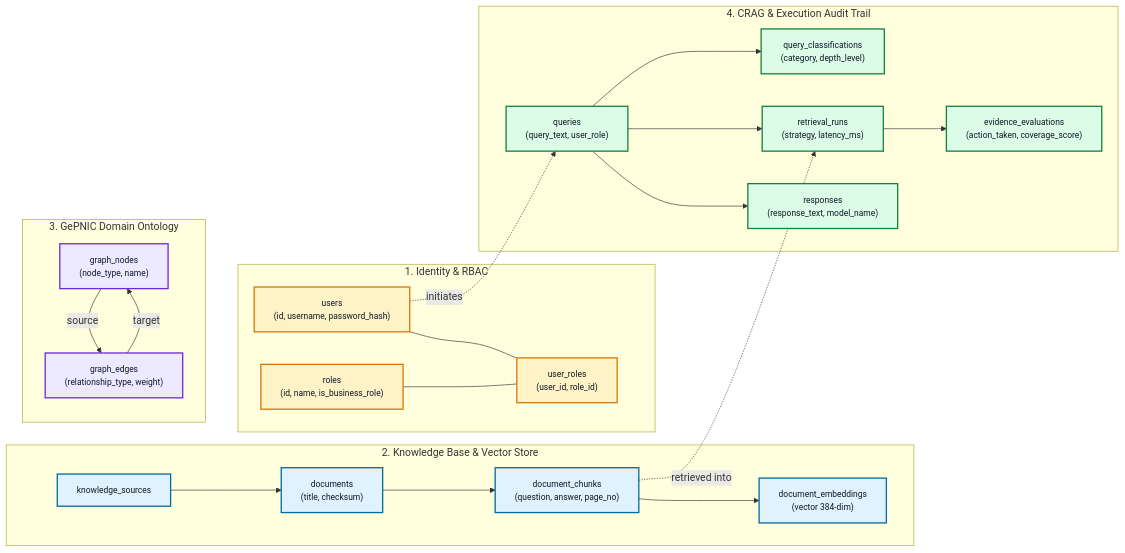
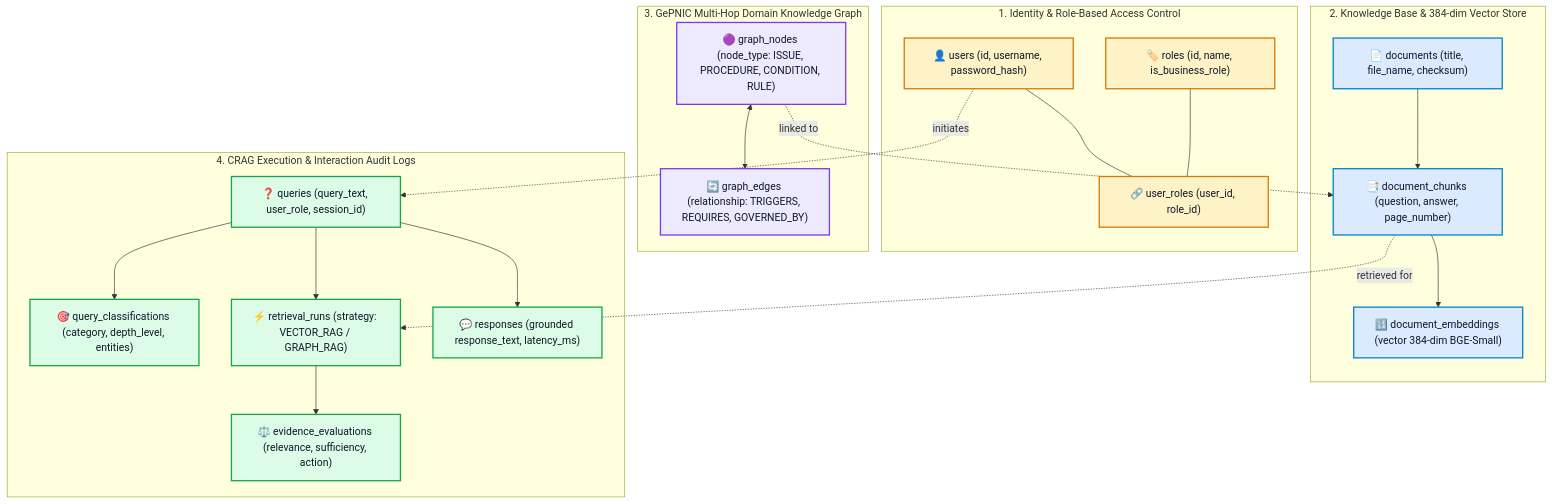
One commit to normalnevan1/clarifibids changed the third of 3 diagrams in README.md. Above: the diagram before and after it, drawn with Mermaid. The commit also changed other lines of this file, not shown here.

Commit message:
docs: convert sequence and schema diagrams to vertical flowcharts to ensure large, crisp, readable rendering on GitHub

````diff
--- a/README.md
+++ b/README.md
@@ -143,48 +156,45 @@
 ```mermaid
-graph LR
-    classDef auth fill:#fef3c7,stroke:#d97706,stroke-width:2px,color:#0f172a,font-size:13px;
-    classDef docs fill:#e0f2fe,stroke:#0369a1,stroke-width:2px,color:#0f172a,font-size:13px;
-    classDef kgStyle fill:#ede9fe,stroke:#6d28d9,stroke-width:2px,color:#0f172a,font-size:13px;
-    classDef audit fill:#dcfce7,stroke:#15803d,stroke-width:2px,color:#0f172a,font-size:13px;
+flowchart TD
+    classDef auth fill:#fef3c7,stroke:#d97706,stroke-width:2px,color:#0f172a;
+    classDef docs fill:#dbeafe,stroke:#0284c7,stroke-width:2px,color:#0f172a;
+    classDef kg fill:#ede9fe,stroke:#7c3aed,stroke-width:2px,color:#0f172a;
+    classDef audit fill:#dcfce7,stroke:#16a34a,stroke-width:2px,color:#0f172a;
 
-    subgraph AuthGroup ["1. Identity & RBAC"]
-        U["users<br/>(id, username, password_hash)"]:::auth
-        R["roles<br/>(id, name, is_business_role)"]:::auth
-        UR["user_roles<br/>(user_id, role_id)"]:::auth
+    subgraph Auth ["1. Identity & Role-Based Access Control"]
+        U["👤 users (id, username, password_hash)"]:::auth
+        R["🏷️ roles (id, name, is_business_role)"]:::auth
+        UR["🔗 user_roles (user_id, role_id)"]:::auth
         U --- UR
         R --- UR
     end
 
-    subgraph DocGroup ["2. Knowledge Base & Vector Store"]
-        KS["knowledge_sources"]:::docs
-        DOC["documents<br/>(title, checksum)"]:::docs
-        DC["document_chunks<br/>(question, answer, page_no)"]:::docs
-        EMB["document_embeddings<br/>(vector 384-dim)"]:::docs
-        KS --> DOC
+    subgraph Knowledge ["2. Knowledge Base & 384-dim Vector Store"]
+        DOC["📄 documents (title, file_name, checksum)"]:::docs
+        DC["📑 document_chunks (question, answer, page_number)"]:::docs
+        EMB["🔢 document_embeddings (vector 384-dim BGE-Small)"]:::docs
         DOC --> DC
         DC --> EMB
     end
 
-    subgraph OntologyGroup ["3. GePNIC Domain Ontology"]
-        GN["graph_nodes<br/>(node_type, name)"]:::kgStyle
-        GE["graph_edges<br/>(relationship_type, weight)"]:::kgStyle
-        GN -->|"source"| GE
-        GE -->|"target"| GN
+    subgraph Ontology ["3. GePNIC Multi-Hop Domain Knowledge Graph"]
+        GN["🟣 graph_nodes (node_type: ISSUE, PROCEDURE, CONDITION, RULE)"]:::kg
+        GE["🔄 graph_edges (relationship: TRIGGERS, REQUIRES, GOVERNED_BY)"]:::kg
+        GN <--> GE
     end
 
-    subgraph AuditGroup ["4. CRAG & Execution Audit Trail"]
-        Q["queries<br/>(query_text, user_role)"]:::audit
-        QC["query_classifications<br/>(category, depth_level)"]:::audit
-        RR["retrieval_runs<br/>(strategy, latency_ms)"]:::audit
-        EE["evidence_evaluations<br/>(action_taken, coverage_score)"]:::audit
-        RESP["responses<br/>(response_text, model_name)"]:::audit
-        
+    subgraph Audit ["4. CRAG Execution & Interaction Audit Logs"]
+        Q["❓ queries (query_text, user_role, session_id)"]:::audit
+        QC["🎯 query_classifications (category, depth_level, entities)"]:::audit
+        RR["⚡ retrieval_runs (strategy: VECTOR_RAG / GRAPH_RAG)"]:::audit
+        EE["⚖️ evidence_evaluations (relevance, sufficiency, action)"]:::audit
+        RESP["💬 responses (grounded response_text, latency_ms)"]:::audit
         Q --> QC
         Q --> RR
         RR --> EE
         Q --> RESP
     end
 
     U -.->|"initiates"| Q
-    DC -.->|"retrieved into"| RR
+    DC -.->|"retrieved for"| RR
+    GN -.->|"linked to"| DC
 ```
````
